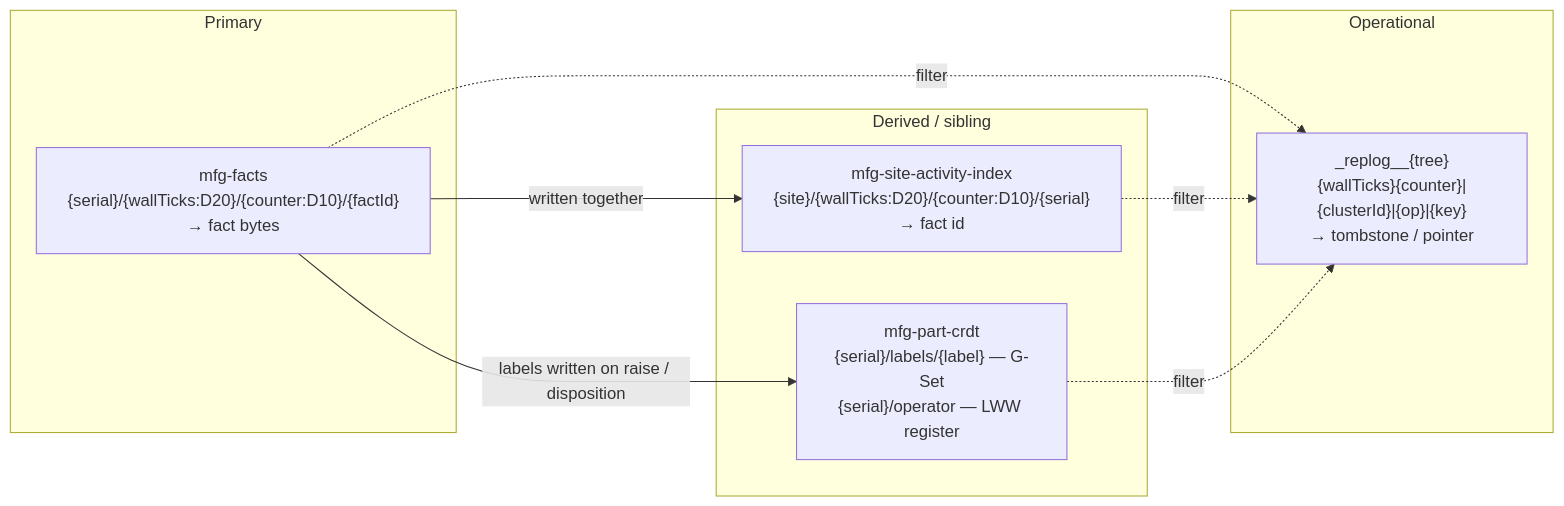
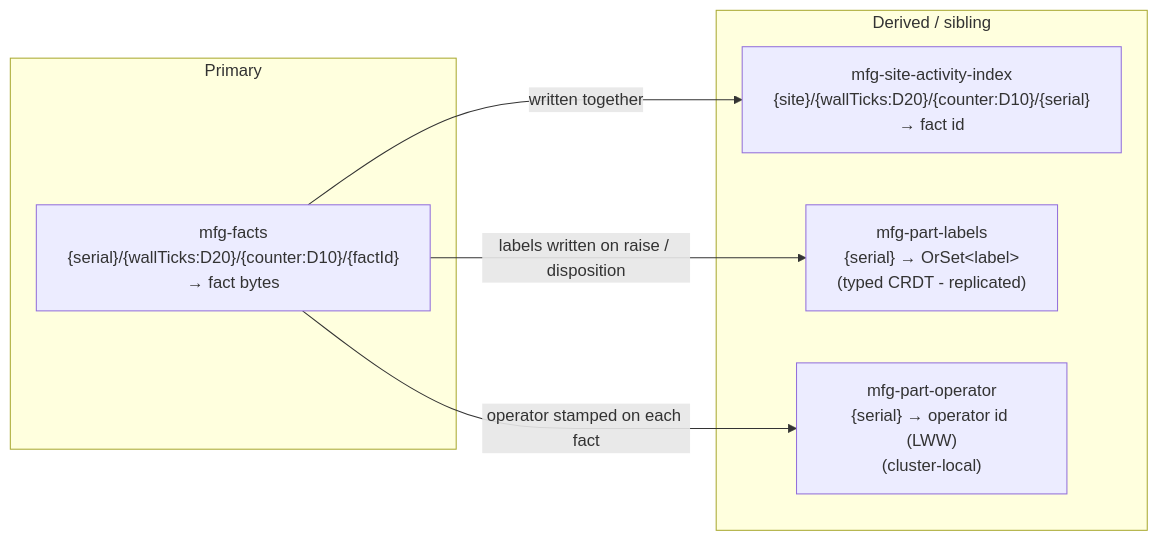
Before and after one commit to NSTA1/Orleans.Lattice: the fourth of 5 diagrams in samples/MultiSiteManufacturing/architecture.md, drawn with Mermaid. The commit also changed other lines of this file and 76 other files, not shown here.

First line of the commit message:
feat(samples): migrate MultiSiteManufacturing to Orleans.Lattice.Replication + scoped bootstrap roadmap (#177)

````diff
--- a/samples/MultiSiteManufacturing/architecture.md
+++ b/samples/MultiSiteManufacturing/architecture.md
@@ -259,21 +266,16 @@
 ```mermaid
 flowchart LR
     subgraph primary["Primary"]
         facts["mfg-facts<br/>{serial}/{wallTicks:D20}/{counter:D10}/{factId}<br/>→ fact bytes"]
     end
 
     subgraph derived["Derived / sibling"]
         siteIdx["mfg-site-activity-index<br/>{site}/{wallTicks:D20}/{counter:D10}/{serial}<br/>→ fact id"]
-        crdt["mfg-part-crdt<br/>{serial}/labels/{label} — G-Set<br/>{serial}/operator — LWW register"]
-    end
-
-    subgraph ops["Operational"]
-        replog["_replog__{tree}<br/>{wallTicks}{counter}|{clusterId}|{op}|{key}<br/>→ tombstone / pointer"]
+        labels["mfg-part-labels<br/>{serial} → OrSet&lt;label&gt;<br/>(typed CRDT - replicated)"]
+        opReg["mfg-part-operator<br/>{serial} → operator id (LWW)<br/>(cluster-local)"]
     end
 
     facts -->|"written together"| siteIdx
-    facts -->|"labels written on raise / disposition"| crdt
-    facts -. filter .-> replog
-    siteIdx -. filter .-> replog
-    crdt -. filter .-> replog
+    facts -->|"labels written on raise / disposition"| labels
+    facts -->|"operator stamped on each fact"| opReg
 ```
````
